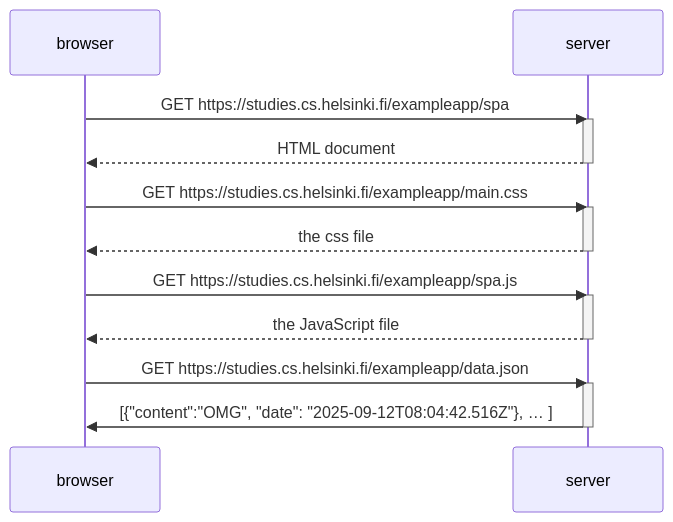
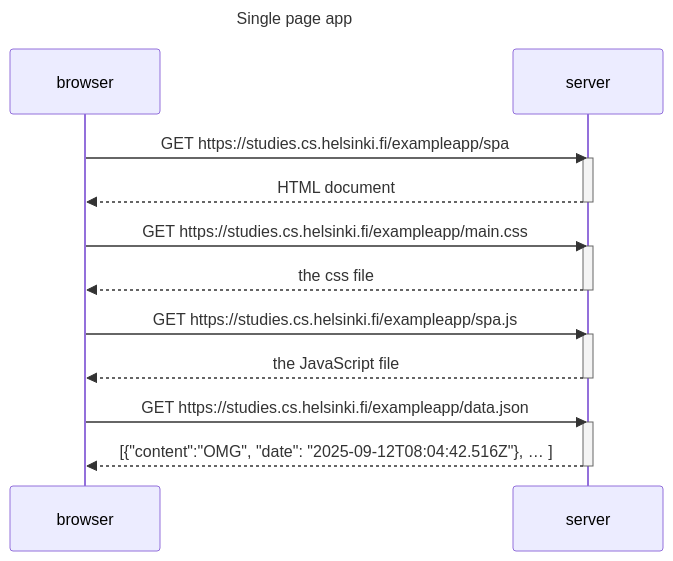
Before and after one commit to Katyh-one/full-stack-open-course: the diagram in part0/exercise05.md, drawn with Mermaid. The commit also changed 2 other files, not shown here.

Commit message:
Updated all exercises

````diff
--- a/part0/exercise05.md
+++ b/part0/exercise05.md
@@ -1,25 +1,28 @@
 ```mermaid
+---
+title: Single page app
+---
 sequenceDiagram
     participant browser
     participant server
 
     browser->>server:  GET https://studies.cs.helsinki.fi/exampleapp/spa
     activate server
     server-->>browser: HTML document
     deactivate server
 
     browser->>server: GET https://studies.cs.helsinki.fi/exampleapp/main.css
     activate server
     server-->>browser: the css file
     deactivate server
 
     browser->>server: GET https://studies.cs.helsinki.fi/exampleapp/spa.js
     activate server
     server-->>browser: the JavaScript file
     deactivate server
 
     browser->>server: GET https://studies.cs.helsinki.fi/exampleapp/data.json
     activate server
-    server->> browser: [{"content":"OMG", "date": "2025-09-12T08:04:42.516Z"}, … ]
+    server-->> browser: [{"content":"OMG", "date": "2025-09-12T08:04:42.516Z"}, … ]
     Deactivate server
 ```
````
